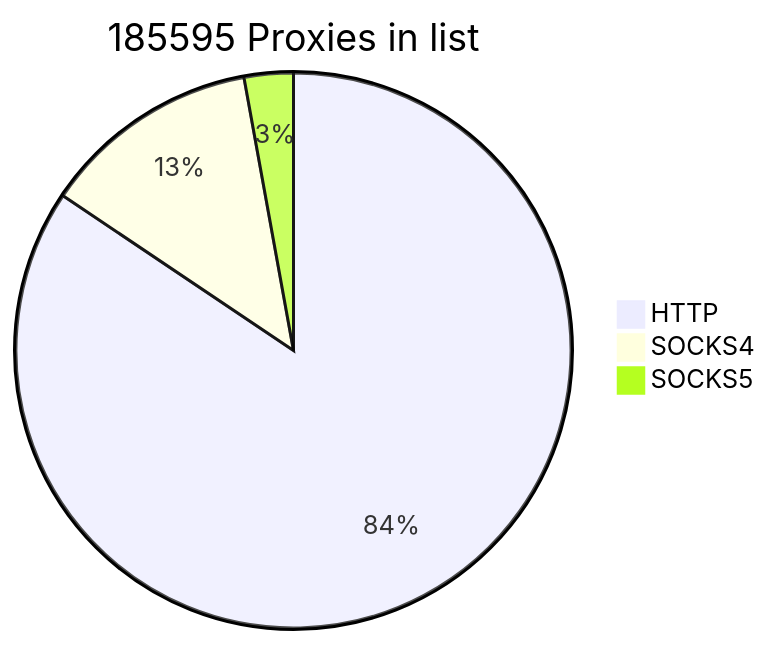
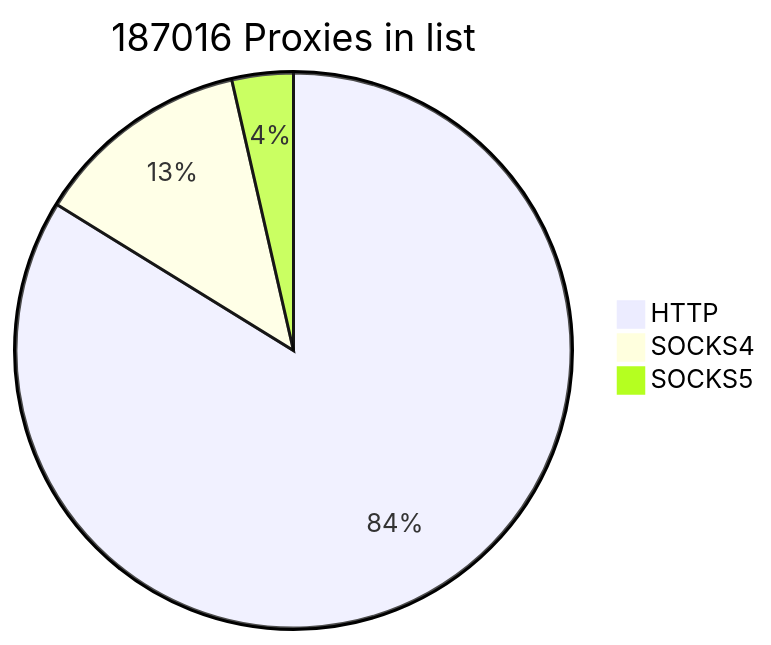
The first of 2 diagrams in README.md (cutipu/proxylist), drawn with Mermaid before and after one commit. The commit also changed other lines of this file, not shown here.

````diff
--- a/README.md
+++ b/README.md
@@ -2,7 +2,7 @@
 ```mermaid
-pie title 185595 Proxies in list
-    "HTTP" : 156666
-    "SOCKS4" : 23627
-    "SOCKS5" : 5302
+pie title 187016 Proxies in list
+    "HTTP" : 156715
+    "SOCKS4" : 23622
+    "SOCKS5" : 6679
             
 ```
````
